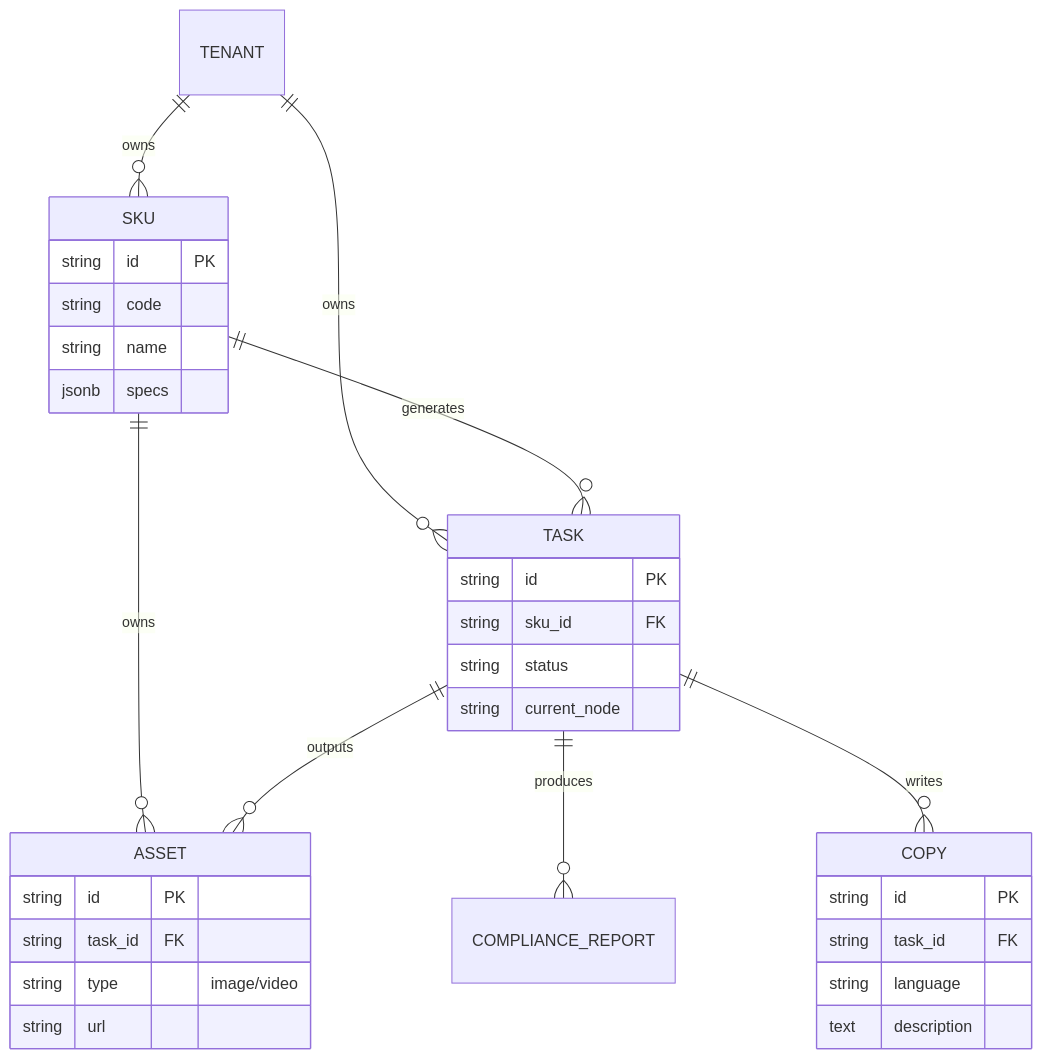
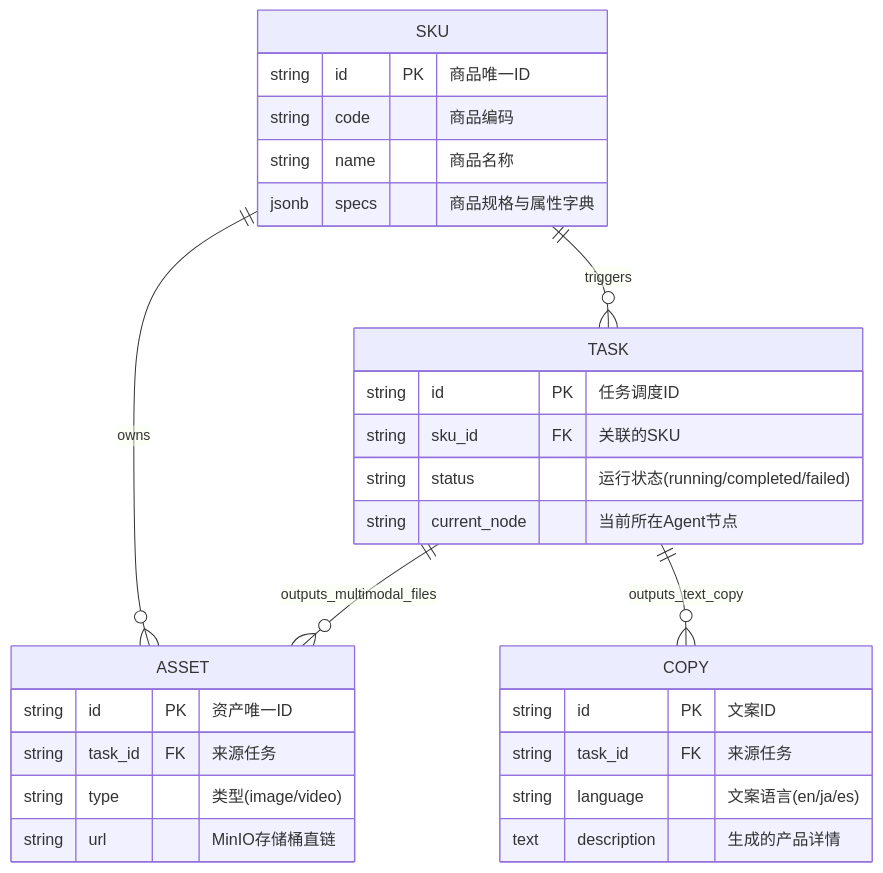
One commit to haowlai/dianshang_ai changed the third of 3 diagrams in courseware.md. Above: the diagram before and after it, drawn with Mermaid. The commit also changed other lines of this file and 1 other file, not shown here.

````diff
--- a/courseware.md
+++ b/courseware.md
@@ -73,35 +87,32 @@
 ```mermaid
 erDiagram
-    TENANT ||--o{ SKU : owns
-    TENANT ||--o{ TASK : owns
-    SKU ||--o{ TASK : generates
+    SKU ||--o{ TASK : triggers
     SKU ||--o{ ASSET : owns
-    TASK ||--o{ ASSET : outputs
-    TASK ||--o{ COMPLIANCE_REPORT : produces
-    TASK ||--o{ COPY : writes
+    TASK ||--o{ ASSET : outputs_multimodal_files
+    TASK ||--o{ COPY : outputs_text_copy
 
     SKU {
-        string id PK
-        string code
-        string name
-        jsonb specs
+        string id PK "商品唯一ID"
+        string code "商品编码"
+        string name "商品名称"
+        jsonb specs "商品规格与属性字典"
     }
     TASK {
-        string id PK
-        string sku_id FK
-        string status
-        string current_node
+        string id PK "任务调度ID"
+        string sku_id FK "关联的SKU"
+        string status "运行状态(running/completed/failed)"
+        string current_node "当前所在Agent节点"
     }
     ASSET {
-        string id PK
-        string task_id FK
-        string type "image/video"
-        string url
+        string id PK "资产唯一ID"
+        string task_id FK "来源任务"
+        string type "类型(image/video)"
+        string url "MinIO存储桶直链"
     }
     COPY {
-        string id PK
-        string task_id FK
-        string language
-        text description
+        string id PK "文案ID"
+        string task_id FK "来源任务"
+        string language "文案语言(en/ja/es)"
+        text description "生成的产品详情"
     }
 ```
````
